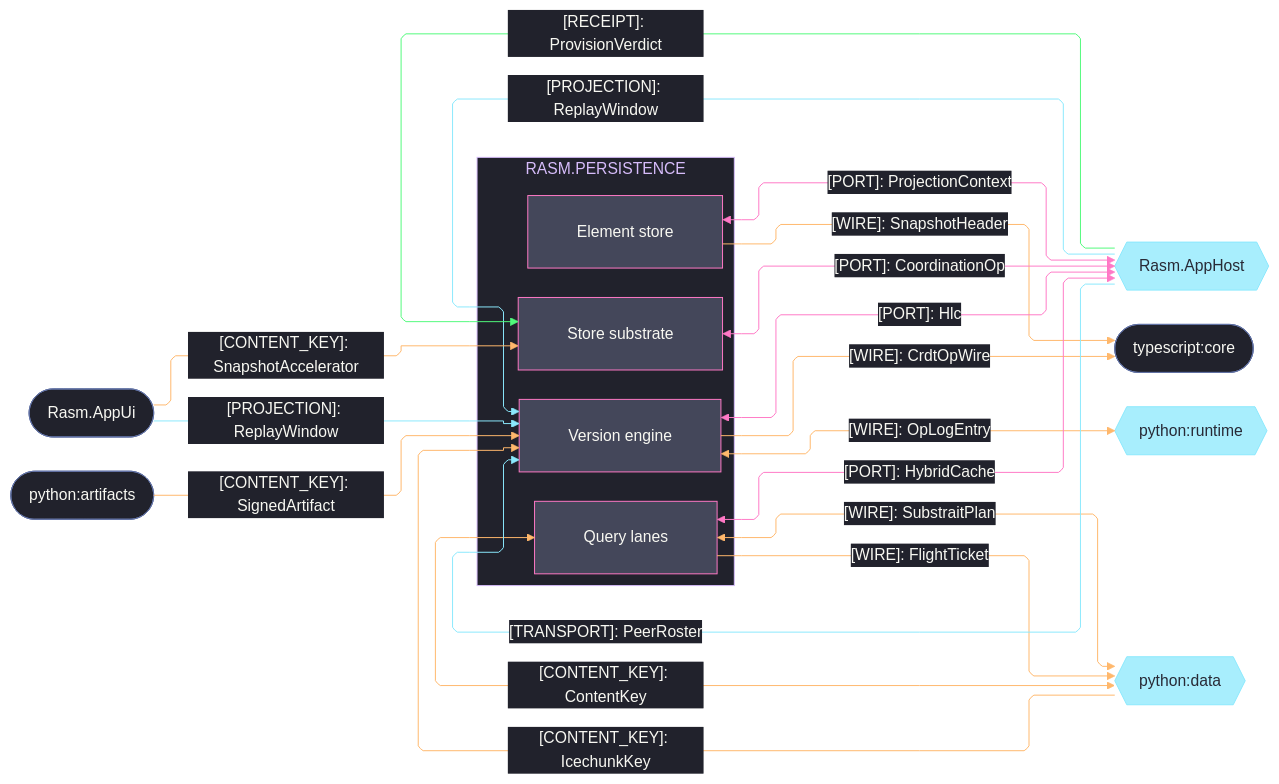
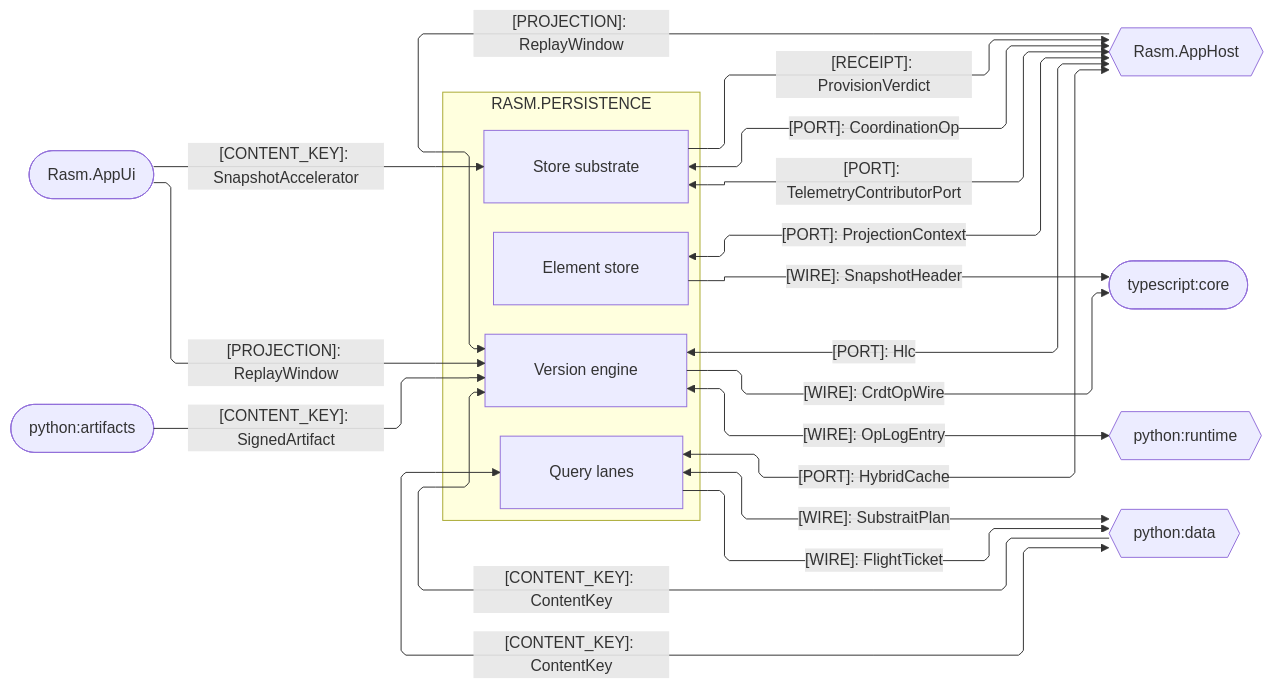
The third of 4 diagrams in libs/csharp/Rasm.Persistence/ARCHITECTURE.md (bsamiee/Rasm), drawn with Mermaid before and after one commit. The commit also changed other lines of this file and 460 other files, not shown here.

````diff
--- a/libs/csharp/Rasm.Persistence/ARCHITECTURE.md
+++ b/libs/csharp/Rasm.Persistence/ARCHITECTURE.md
@@ -184,74 +129,41 @@
 ```mermaid
 ---
 config:
-  theme: base
-  look: classic
   layout: elk
   flowchart:
     curve: linear
     padding: 25
-  themeVariables:
-    darkMode: true
-    fontFamily: "SF Mono, Menlo, Cascadia Mono, Segoe UI Mono, Consolas, monospace"
-    useGradient: false
-    dropShadow: "none"
-    background: "#282A36"
-    primaryColor: "#44475A"
-    primaryTextColor: "#F8F8F2"
-    primaryBorderColor: "#BD93F9"
-    lineColor: "#FF79C6"
-    textColor: "#F8F8F2"
-    clusterBkg: "#21222C"
-    clusterBorder: "#D6BCFA"
-    edgeLabelBackground: "#21222C"
-    labelBackgroundColor: "#21222C"
-    titleColor: "#D6BCFA"
-  themeCSS: ".nodeLabel{font-size:13px;font-weight:500}.edgeLabel{font-size:12px;font-weight:500}.cluster-label .nodeLabel{font-size:13.5px;font-weight:700;letter-spacing:.08em}.edge-thickness-normal{stroke-width:2px}.edge-thickness-thick{stroke-width:3px}.edge-pattern-dashed,.edge-pattern-dotted{stroke-width:1.5px;stroke-dasharray:4 6}.node rect,.node circle,.node polygon,.node path,.node .outer-path{stroke-width:1.5px;filter:none!important}.cluster rect{stroke-width:1px!important;stroke-dasharray:5 4!important;filter:none!important}.marker path{transform:scale(.8);transform-origin:5px 5px}.marker circle{transform:scale(.48);transform-origin:5px 5px}.edgeLabel rect{transform-box:fill-box;transform-origin:center;transform:scale(1.1,1.2)}"
 ---
 flowchart LR
     accTitle: Persistence platform and cross-runtime seams
     accDescr: Persistence sub-domain owners exchanging ports, wires, projections, and receipts with the app host, the app UI, and the Python and TypeScript runtimes, edge rails colored by kind and nodes classed by seam direction.
     subgraph persistence[RASM.PERSISTENCE]
         Element[Element store]
         Version[Version engine]
         Query[Query lanes]
         Store[Store substrate]
     end
     AppHost{{Rasm.AppHost}}
     AppUi([Rasm.AppUi])
     Core([typescript:core])
     Runtime{{python:runtime}}
     Data{{python:data}}
     Artifacts([python:artifacts])
     Element e1@-->|"[WIRE]: SnapshotHeader"| Core
     Version e2@-->|"[WIRE]: CrdtOpWire"| Core
     Version e3@<-->|"[WIRE]: OpLogEntry"| Runtime
     Artifacts e4@-->|"[CONTENT_KEY]: SignedArtifact"| Version
-    Data e5@-->|"[CONTENT_KEY]: IcechunkKey"| Version
+    Data e5@-->|"[CONTENT_KEY]: ContentKey"| Version
     Query e6@<-->|"[WIRE]: SubstraitPlan"| Data
     Query e16@-->|"[WIRE]: FlightTicket"| Data
     Data e17@<-->|"[CONTENT_KEY]: ContentKey"| Query
     Element e7@<-->|"[PORT]: ProjectionContext"| AppHost
     Version e8@<-->|"[PORT]: Hlc"| AppHost
     AppHost e9@-->|"[PROJECTION]: ReplayWindow"| Version
-    AppHost e10@-->|"[TRANSPORT]: PeerRoster"| Version
     Query e11@<-->|"[PORT]: HybridCache"| AppHost
     Store e12@<-->|"[PORT]: CoordinationOp"| AppHost
-    AppHost e13@-->|"[RECEIPT]: ProvisionVerdict"| Store
+    Store e18@<-->|"[PORT]: TelemetryContributorPort"| AppHost
+    Store e13@-->|"[RECEIPT]: ProvisionVerdict"| AppHost
     AppUi e14@-->|"[PROJECTION]: ReplayWindow"| Version
     AppUi e15@-->|"[CONTENT_KEY]: SnapshotAccelerator"| Store
-    classDef primary fill:#44475A,stroke:#FF79C6,color:#F8F8F2
-    classDef external fill:#8BE9FDBF,stroke:#8BE9FD,color:#282A36
-    classDef annotation fill:#21222C,stroke:#6272A4,color:#F8F8F2
-    classDef edgeData stroke:#FFB86C,color:#F8F8F2
-    classDef edgeSuccess stroke:#50FA7B,color:#F8F8F2
-    classDef edgeControl stroke:#FF79C6,color:#F8F8F2
-    classDef edgeExternal stroke:#8BE9FD,color:#F8F8F2
-    class Element,Version,Query,Store primary
-    class AppHost,Runtime,Data external
-    class AppUi,Core,Artifacts annotation
-    class e1,e2,e3,e4,e5,e6,e15,e16,e17 edgeData
-    class e7,e8,e11,e12 edgeControl
-    class e9,e10,e14 edgeExternal
-    class e13 edgeSuccess
 ```
````
